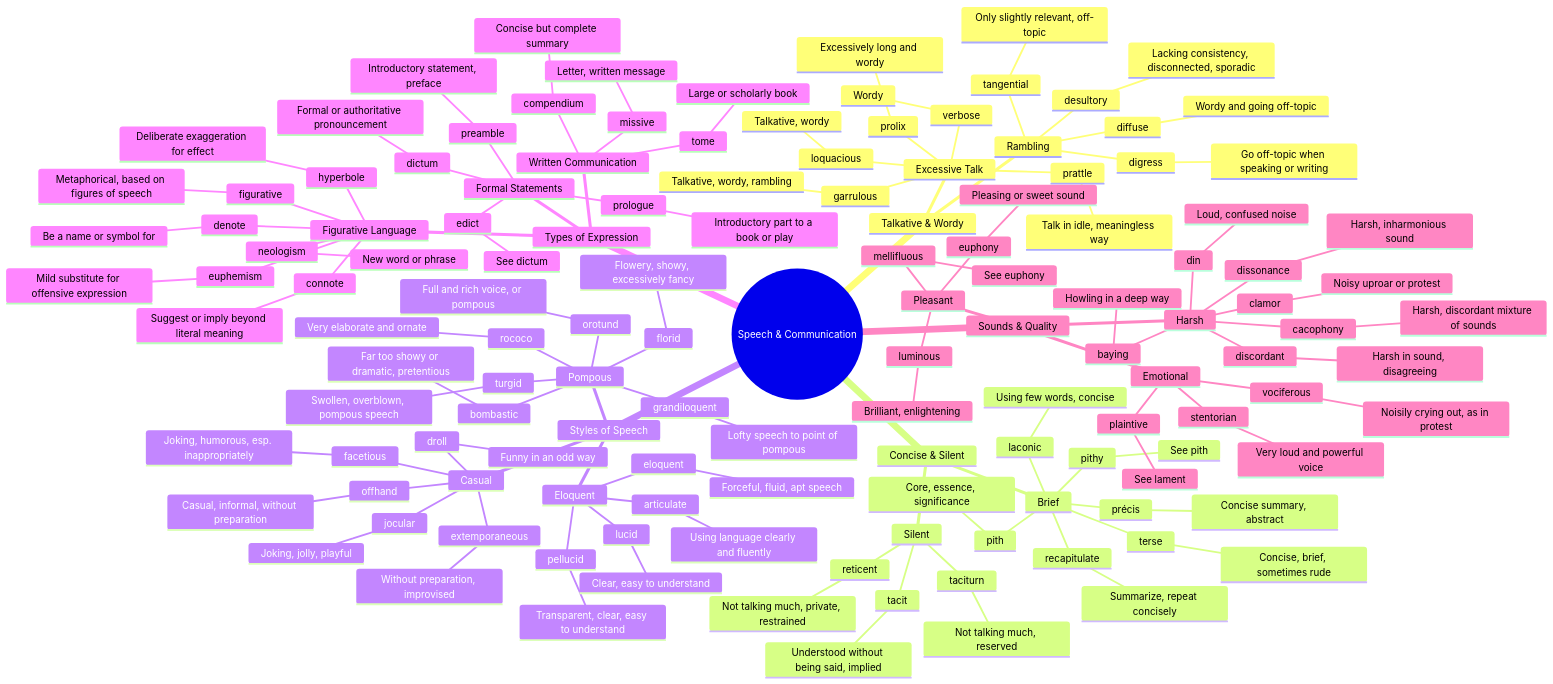
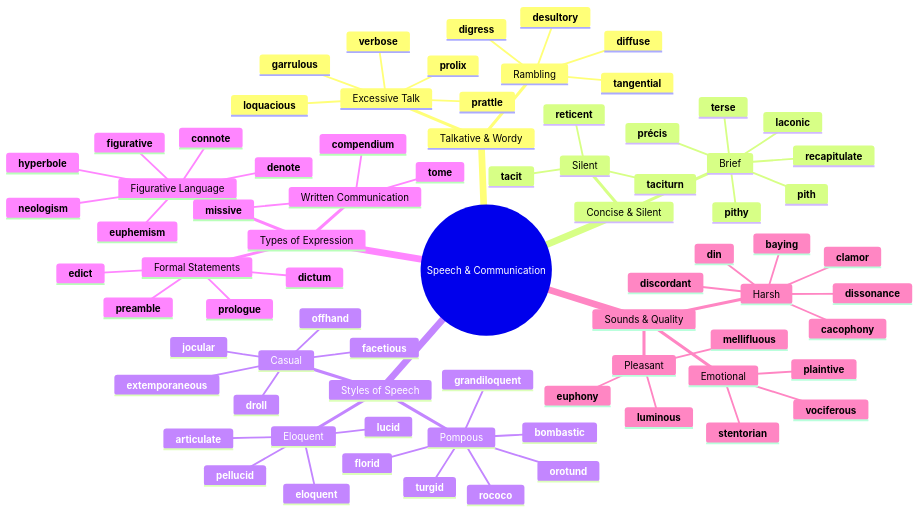
One commit to 95anantsingh/gre-preparation changed the first of 7 diagrams in mindmaps/10-speech-and-communication.md. Above: the diagram before and after it, drawn with Mermaid. The commit also changed other lines of this file and 20 other files, not shown here.

````diff
--- a/mindmaps/10-speech-and-communication.md
+++ b/mindmaps/10-speech-and-communication.md
@@ -9,136 +7,78 @@
   root((Speech & Communication))
     Talkative & Wordy
       Excessive Talk
-        garrulous
-          Talkative, wordy, rambling
-        loquacious
-          Talkative, wordy
-        verbose
-          Wordy
-        prolix
-          Excessively long and wordy
-        prattle
-          Talk in idle, meaningless way
+        **garrulous**
+        **loquacious**
+        **verbose**
+        **prolix**
+        **prattle**
       Rambling
-        digress
-          Go off-topic when speaking or writing
-        tangential
-          Only slightly relevant, off-topic
-        desultory
-          Lacking consistency, disconnected, sporadic
-        diffuse
-          Wordy and going off-topic
+        **digress**
+        **tangential**
+        **desultory**
+        **diffuse**
     Concise & Silent
       Brief
-        laconic
-          Using few words, concise
-        terse
-          Concise, brief, sometimes rude
-        pithy
-          See pith
-        pith
-          Core, essence, significance
-        précis
-          Concise summary, abstract
-        recapitulate
-          Summarize, repeat concisely
+        **laconic**
+        **terse**
+        **pithy**
+        **pith**
+        **précis**
+        **recapitulate**
       Silent
-        taciturn
-          Not talking much, reserved
-        reticent
-          Not talking much, private, restrained
-        tacit
-          Understood without being said, implied
+        **taciturn**
+        **reticent**
+        **tacit**
     Styles of Speech
       Eloquent
-        eloquent
-          Forceful, fluid, apt speech
-        articulate
-          Using language clearly and fluently
-        lucid
-          Clear, easy to understand
-        pellucid
-          Transparent, clear, easy to understand
+        **eloquent**
+        **articulate**
+        **lucid**
+        **pellucid**
       Pompous
-        bombastic
-          Far too showy or dramatic, pretentious
-        grandiloquent
-          Lofty speech to point of pompous
-        orotund
-          Full and rich voice, or pompous
-        turgid
-          Swollen, overblown, pompous speech
-        florid
-          Flowery, showy, excessively fancy
-        rococo
-          Very elaborate and ornate
+        **bombastic**
+        **grandiloquent**
+        **orotund**
+        **turgid**
+        **florid**
+        **rococo**
       Casual
-        offhand
-          Casual, informal, without preparation
-        extemporaneous
-          Without preparation, improvised
-        facetious
-          Joking, humorous, esp. inappropriately
-        jocular
-          Joking, jolly, playful
-        droll
-          Funny in an odd way
+        **offhand**
+        **extemporaneous**
+        **facetious**
+        **jocular**
+        **droll**
     Types of Expression
       Formal Statements
-        dictum
-          Formal or authoritative pronouncement
-        edict
-          See dictum
-        prologue
-          Introductory part to a book or play
-        preamble
-          Introductory statement, preface
+        **dictum**
+        **edict**
+        **prologue**
+        **preamble**
       Figurative Language
-        figurative
-          Metaphorical, based on figures of speech
-        euphemism
-          Mild substitute for offensive expression
-        hyperbole
-          Deliberate exaggeration for effect
-        neologism
-          New word or phrase
-        connote
-          Suggest or imply beyond literal meaning
-        denote
-          Be a name or symbol for
+        **figurative**
+        **euphemism**
+        **hyperbole**
+        **neologism**
+        **connote**
+        **denote**
       Written Communication
-        missive
-          Letter, written message
-        tome
-          Large or scholarly book
-        compendium
-          Concise but complete summary
+        **missive**
+        **tome**
+        **compendium**
     Sounds & Quality
       Pleasant
-        euphony
-          Pleasing or sweet sound
-        mellifluous
-          See euphony
-        luminous
-          Brilliant, enlightening
+        **euphony**
+        **mellifluous**
+        **luminous**
       Harsh
-        cacophony
-          Harsh, discordant mixture of sounds
-        dissonance
-          Harsh, inharmonious sound
-        discordant
-          Harsh in sound, disagreeing
-        din
-          Loud, confused noise
-        clamor
-          Noisy uproar or protest
-        baying
-          Howling in a deep way
+        **cacophony**
+        **dissonance**
+        **discordant**
+        **din**
+        **clamor**
+        **baying**
       Emotional
-        vociferous
-          Noisily crying out, as in protest
-        stentorian
-          Very loud and powerful voice
-        plaintive
-          See lament
+        **vociferous**
+        **stentorian**
+        **plaintive**
 ```
````
